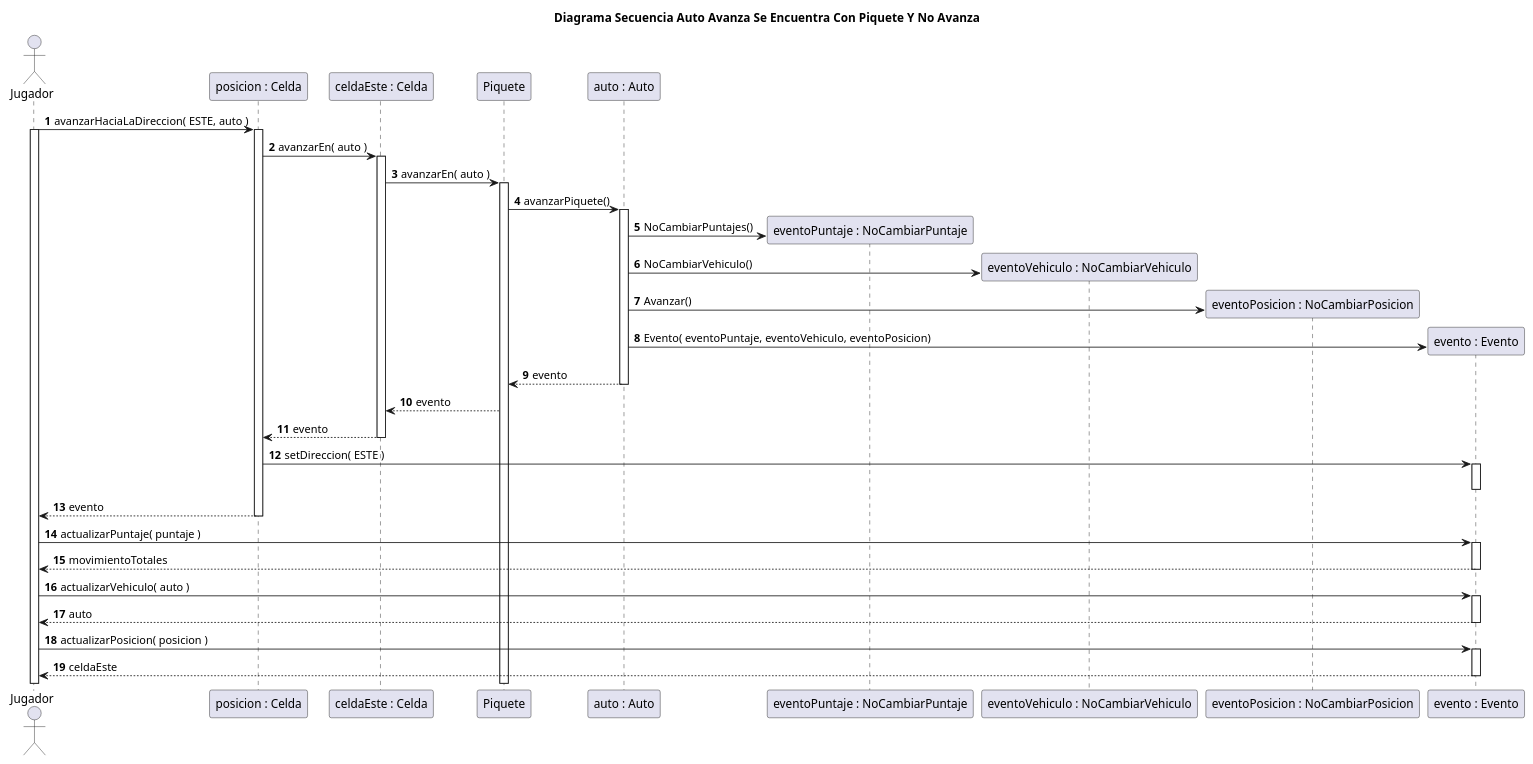
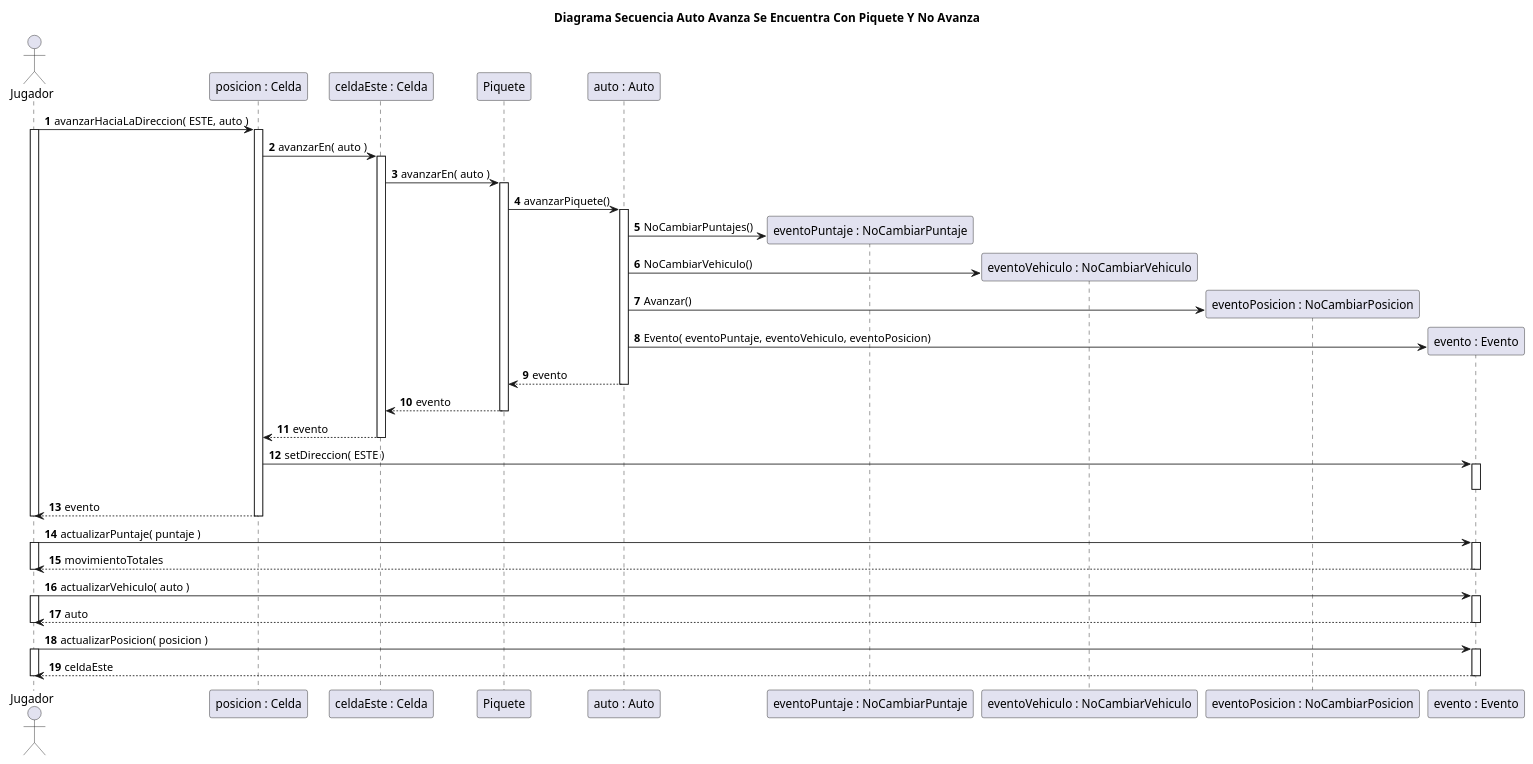
Before and after one commit to rodrigovzq/algo3_tp2: the diagram in diagrams/sequences/entrega1/actualizados/DiagramaSecuenciaCasoConPiqueteEnAuto.puml, drawn with PlantUML. The commit also changed 11 other files, not shown here.

Commit message:
Actualizacion diagramas de Secuencia

```diff
--- a/diagrams/sequences/entrega1/actualizados/DiagramaSecuenciaCasoConPiqueteEnAuto.puml
+++ b/diagrams/sequences/entrega1/actualizados/DiagramaSecuenciaCasoConPiqueteEnAuto.puml
@@ -1,52 +1,59 @@
 @startuml
 title Diagrama Secuencia Auto Avanza Se Encuentra Con Piquete Y No Avanza
 
 autonumber
 
 actor Jugador
 
 Jugador -> "posicion : Celda"++: avanzarHaciaLaDireccion( ESTE, auto )
 
 activate Jugador
 "posicion : Celda" -> "celdaEste : Celda"++: avanzarEn( auto )
 
 
 "celdaEste : Celda" -> Piquete++: avanzarEn( auto )
 Piquete -> "auto : Auto"++: avanzarPiquete()
 
 create "eventoPuntaje : NoCambiarPuntaje"
 "auto : Auto" -> "eventoPuntaje : NoCambiarPuntaje": NoCambiarPuntajes()
 
 create "eventoVehiculo : NoCambiarVehiculo"
 "auto : Auto"  -> "eventoVehiculo : NoCambiarVehiculo": NoCambiarVehiculo()
 
 create "eventoPosicion : NoCambiarPosicion"
 "auto : Auto"  -> "eventoPosicion : NoCambiarPosicion": Avanzar()
 
 create "evento : Evento"
 "auto : Auto"  -> "evento : Evento": Evento( eventoPuntaje, eventoVehiculo, eventoPosicion)
 
 "auto : Auto" --> Piquete: evento
 deactivate "auto : Auto"
 
 Piquete --> "celdaEste : Celda": evento
 
-
+deactivate Piquete
 "celdaEste : Celda" --> "posicion : Celda": evento
 deactivate "celdaEste : Celda"
+
 
 "posicion : Celda" -> "evento : Evento"++: setDireccion( ESTE )
 deactivate "evento : Evento"
 "posicion : Celda" --> Jugador--: evento
+deactivate Jugador
 
 
 Jugador -> "evento : Evento"++: actualizarPuntaje( puntaje )
+activate Jugador
 Jugador <-- "evento : Evento"--: movimientoTotales
+deactivate Jugador
 
 Jugador -> "evento : Evento"++: actualizarVehiculo( auto )
+activate Jugador
 Jugador <-- "evento : Evento"--: auto
+deactivate Jugador
 
 Jugador -> "evento : Evento"++: actualizarPosicion( posicion )
+activate Jugador
 Jugador <-- "evento : Evento"--: celdaEste
-
+deactivate Jugador
 @enduml
```
